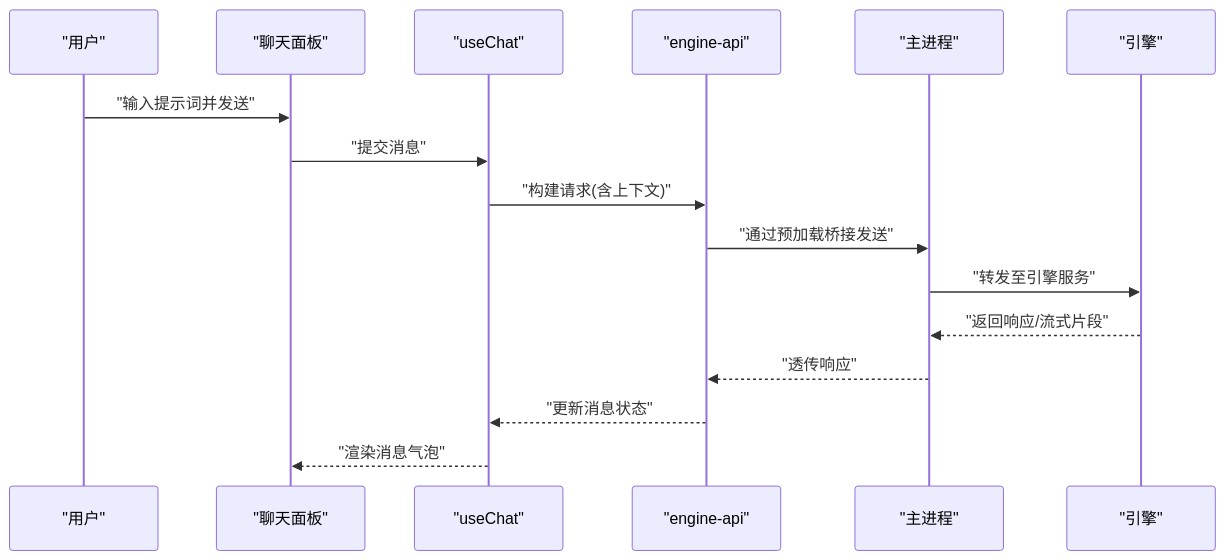
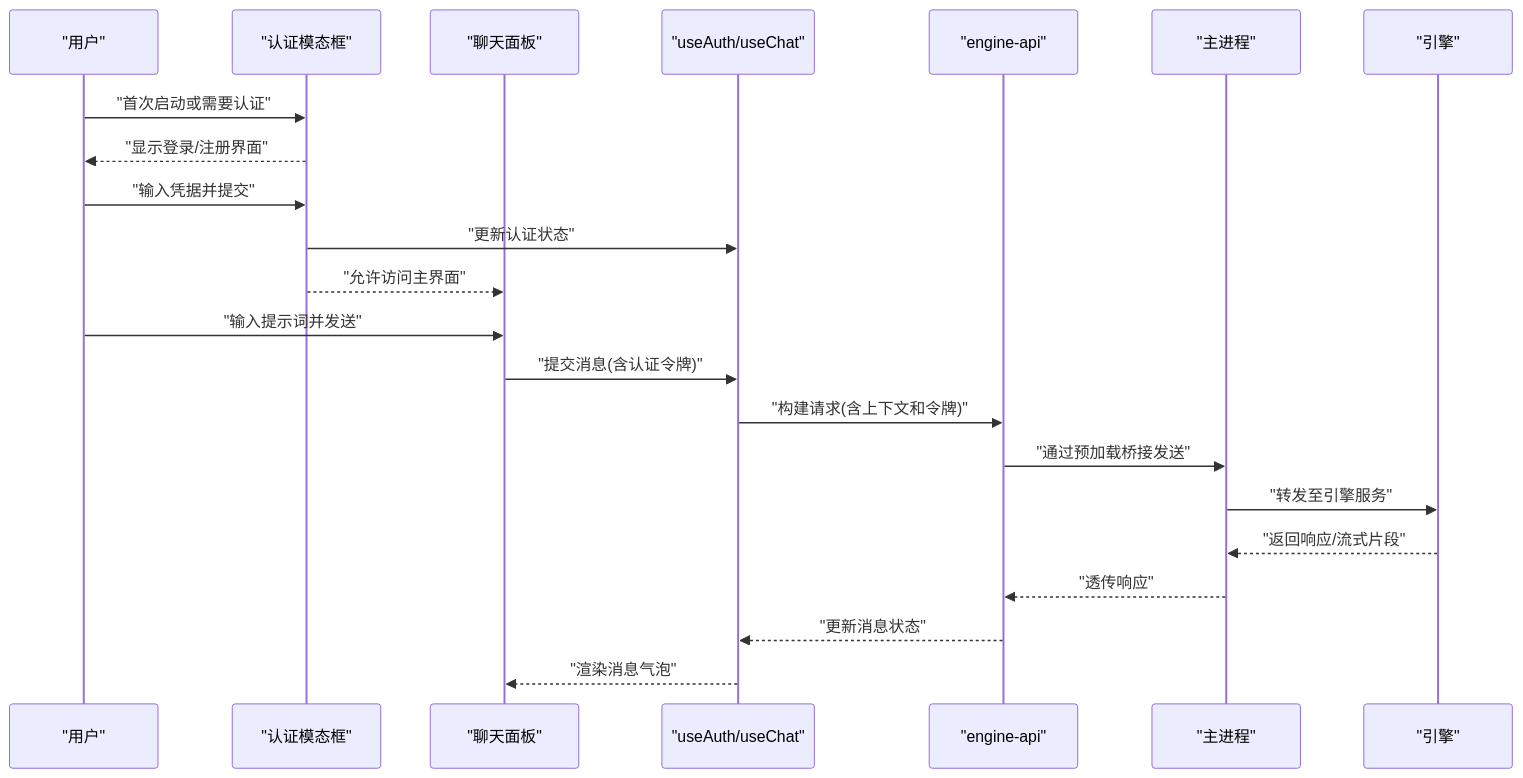
The second of 5 diagrams in .qoder/repowiki/zh/content/用户指南/用户指南.md (kkutysllb/KCoder), drawn with Mermaid before and after one commit. The commit also changed other lines of this file and 141 other files, not shown here.

````diff
--- a/.qoder/repowiki/zh/content/用户指南/用户指南.md
+++ b/.qoder/repowiki/zh/content/用户指南/用户指南.md
@@ -151,18 +174,24 @@
 ```mermaid
 sequenceDiagram
 participant U as "用户"
+participant Auth as "认证模态框"
 participant UI as "聊天面板"
-participant Hook as "useChat"
+participant Hook as "useAuth/useChat"
 participant API as "engine-api"
 participant Main as "主进程"
 participant Eng as "引擎"
+U->>Auth : "首次启动或需要认证"
+Auth-->>U : "显示登录/注册界面"
+U->>Auth : "输入凭据并提交"
+Auth->>Hook : "更新认证状态"
+Auth-->>UI : "允许访问主界面"
 U->>UI : "输入提示词并发送"
-UI->>Hook : "提交消息"
-Hook->>API : "构建请求(含上下文)"
+UI->>Hook : "提交消息(含认证令牌)"
+Hook->>API : "构建请求(含上下文和令牌)"
 API->>Main : "通过预加载桥接发送"
 Main->>Eng : "转发至引擎服务"
 Eng-->>Main : "返回响应/流式片段"
 Main-->>API : "透传响应"
 API-->>Hook : "更新消息状态"
 Hook-->>UI : "渲染消息气泡"
 ```
````
